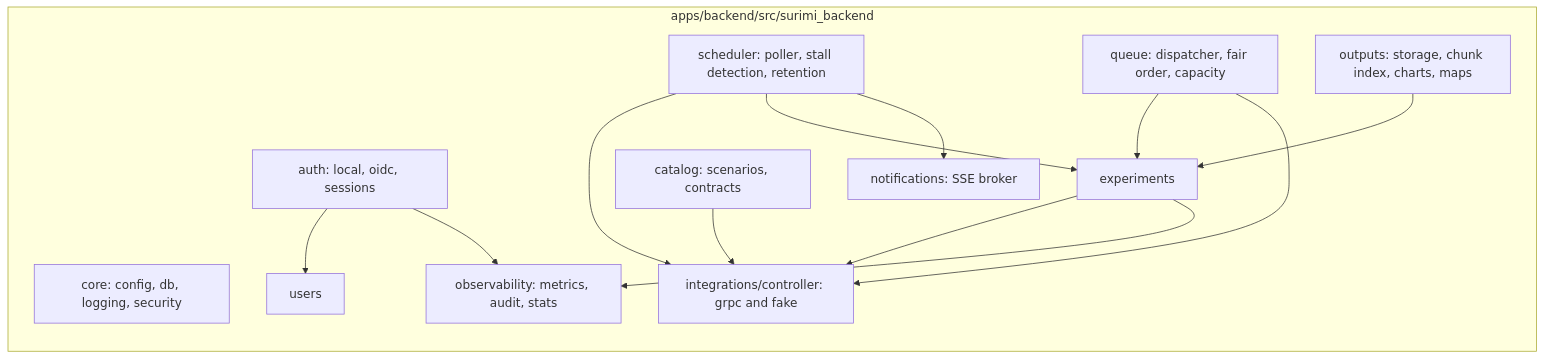
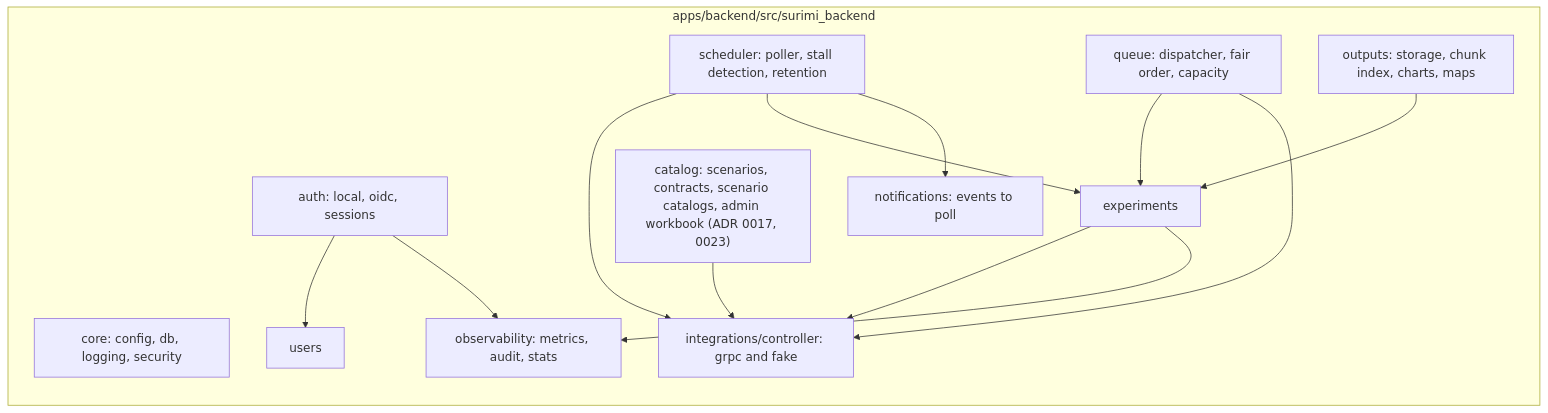
One commit to SURIMI-Project/SURIMI-modelgui changed the fourth of 9 diagrams in docs/ARCHITECTURE.md. Above: the diagram before and after it, drawn with Mermaid. The commit also changed other lines of this file and 215 other files, not shown here.

````diff
--- a/docs/ARCHITECTURE.md
+++ b/docs/ARCHITECTURE.md
@@ -185,27 +200,27 @@
 ```mermaid
 flowchart LR
     subgraph backend [apps/backend/src/surimi_backend]
         core["core: config, db, logging, security"]
         auth["auth: local, oidc, sessions"]
         users["users"]
-        catalog["catalog: scenarios, contracts"]
+        catalog["catalog: scenarios, contracts, scenario catalogs, admin workbook (ADR 0017, 0023)"]
         exp["experiments"]
         sched["scheduler: poller, stall detection, retention"]
         queue["queue: dispatcher, fair order, capacity"]
         outputs["outputs: storage, chunk index, charts, maps"]
-        notif["notifications: SSE broker"]
+        notif["notifications: events to poll"]
         obs["observability: metrics, audit, stats"]
         ctrlc["integrations/controller: grpc and fake"]
     end
     auth --> users
     exp --> ctrlc
     catalog --> ctrlc
     sched --> ctrlc
     sched --> exp
     sched --> notif
     queue --> exp
     queue --> ctrlc
     outputs --> exp
     exp --> obs
     auth --> obs
 ```
````
